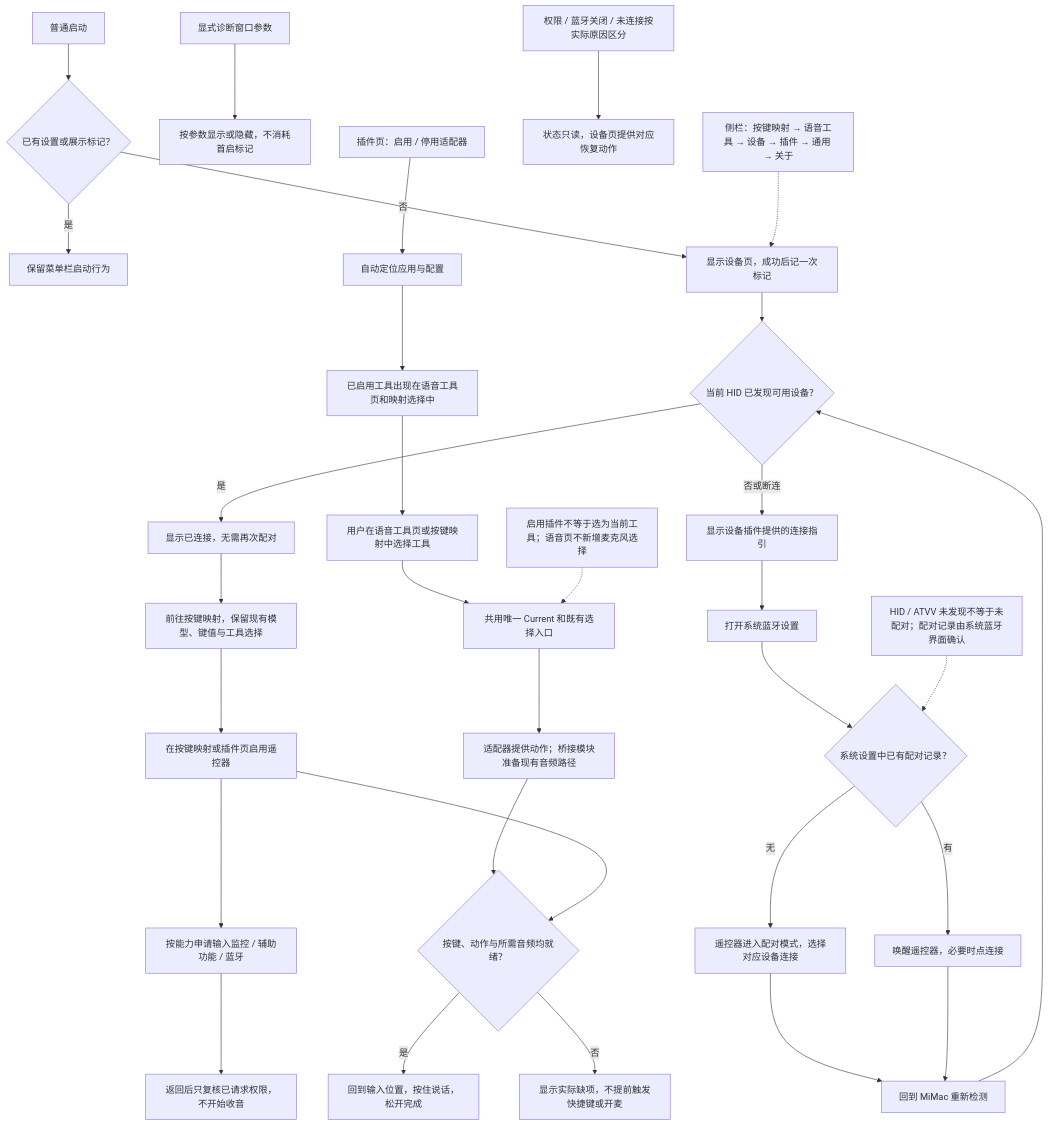
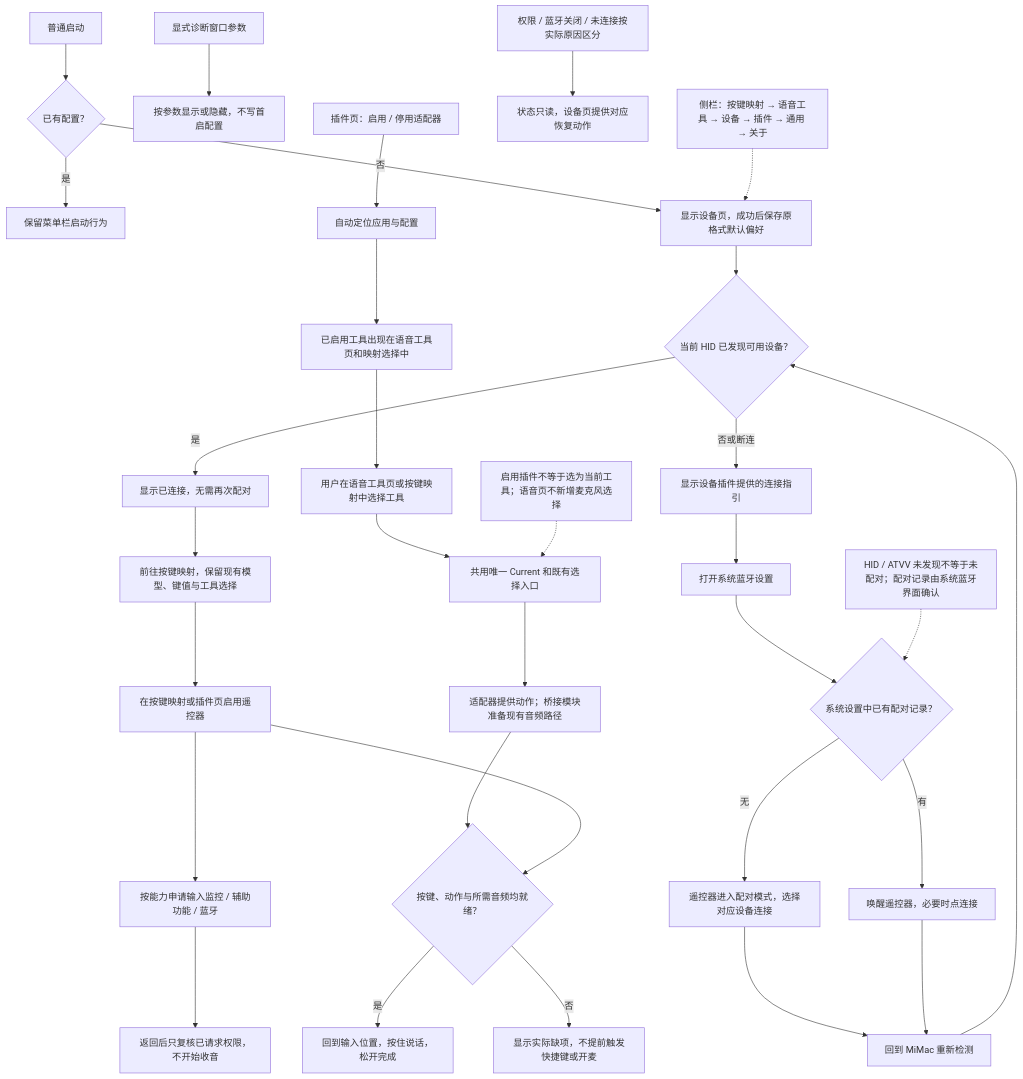
The diagram in tools/workbench/diagrams/first-use-setup.mmd (daftAI2026/MiMac), drawn with Mermaid before and after one commit. The commit also changed 9 other files, not shown here.

```diff
--- a/tools/workbench/diagrams/first-use-setup.mmd
+++ b/tools/workbench/diagrams/first-use-setup.mmd
@@ -1,33 +1,33 @@
 flowchart TD
-    launch["普通启动"] --> known{"已有设置或展示标记？"}
+    launch["普通启动"] --> known{"已有配置？"}
     known -->|是| tray["保留菜单栏启动行为"]
-    known -->|否| device["显示设备页，成功后记一次标记"]
-    explicit["显式诊断窗口参数"] --> override["按参数显示或隐藏，不消耗首启标记"]
+    known -->|否| device["显示设备页，成功后保存原格式默认偏好"]
+    explicit["显式诊断窗口参数"] --> override["按参数显示或隐藏，不写首启配置"]
     device --> detected{"当前 HID 已发现可用设备？"}
     detected -->|是| connected["显示已连接，无需再次配对"]
     connected --> mappings["前往按键映射，保留现有模型、键值与工具选择"]
     mappings --> enable
     detected -->|否或断连| help["显示设备插件提供的连接指引"]
     help --> pair["打开系统蓝牙设置"]
     pair --> saved{"系统设置中已有配对记录？"}
     saved -->|无| pairing["遥控器进入配对模式，选择对应设备连接"]
     saved -->|有| reconnect["唤醒遥控器，必要时点连接"]
     pairing --> recheck["回到 MiMac 重新检测"]
     reconnect --> recheck
     recheck --> detected
     evidence["HID / ATVV 未发现不等于未配对；配对记录由系统蓝牙界面确认"] -.-> saved
     enable["在按键映射或插件页启用遥控器"]
     enable --> grants["按能力申请输入监控 / 辅助功能 / 蓝牙"]
     grants --> returnApp["返回后只复核已请求权限，不开始收音"]
     plugins["插件页：启用 / 停用适配器"] --> discovery["自动定位应用与配置"]
     discovery --> available["已启用工具出现在语音工具页和映射选择中"]
     available --> choose["用户在语音工具页或按键映射中选择工具"]
     choose --> current["共用唯一 Current 和既有选择入口"]
     current --> resolve["适配器提供动作；桥接模块准备现有音频路径"]
     resolve --> ready{"按键、动作与所需音频均就绪？"}
     enable --> ready
     ready -->|是| action["回到输入位置，按住说话，松开完成"]
     ready -->|否| status["显示实际缺项，不提前触发快捷键或开麦"]
     separate["启用插件不等于选为当前工具；语音页不新增麦克风选择"] -.-> current
     failures["权限 / 蓝牙关闭 / 未连接按实际原因区分"] --> next["状态只读，设备页提供对应恢复动作"]
     navigation["侧栏：按键映射 → 语音工具 → 设备 → 插件 → 通用 → 关于"] -.-> device
```
